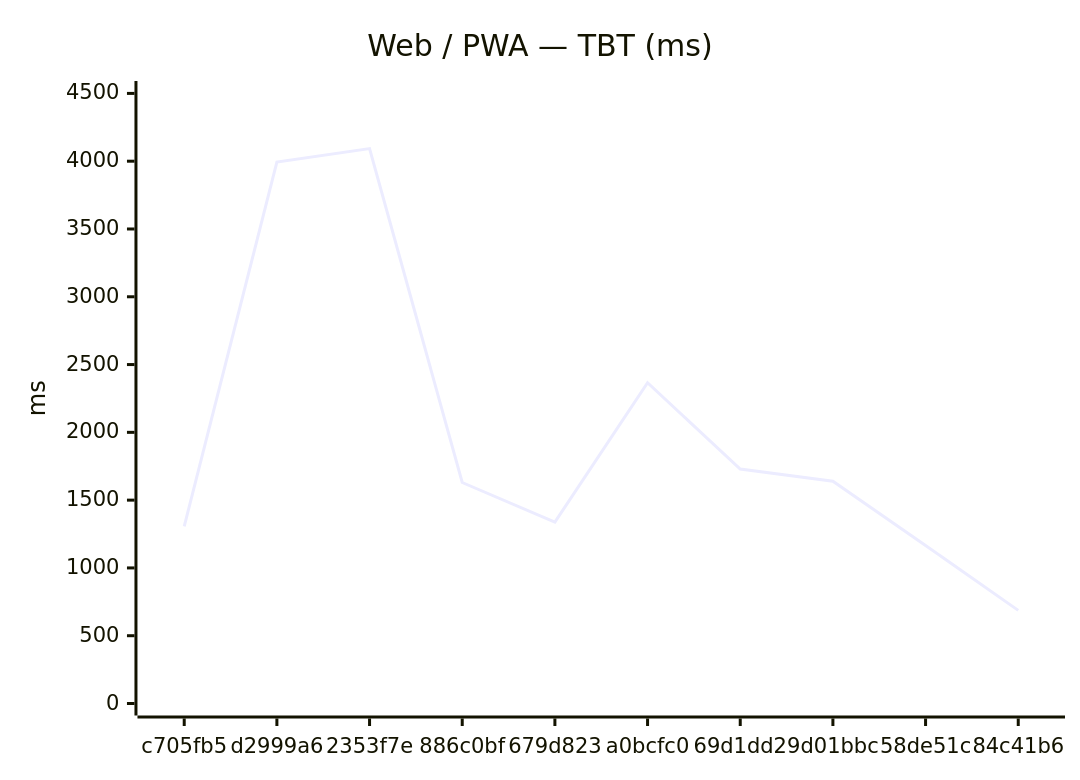
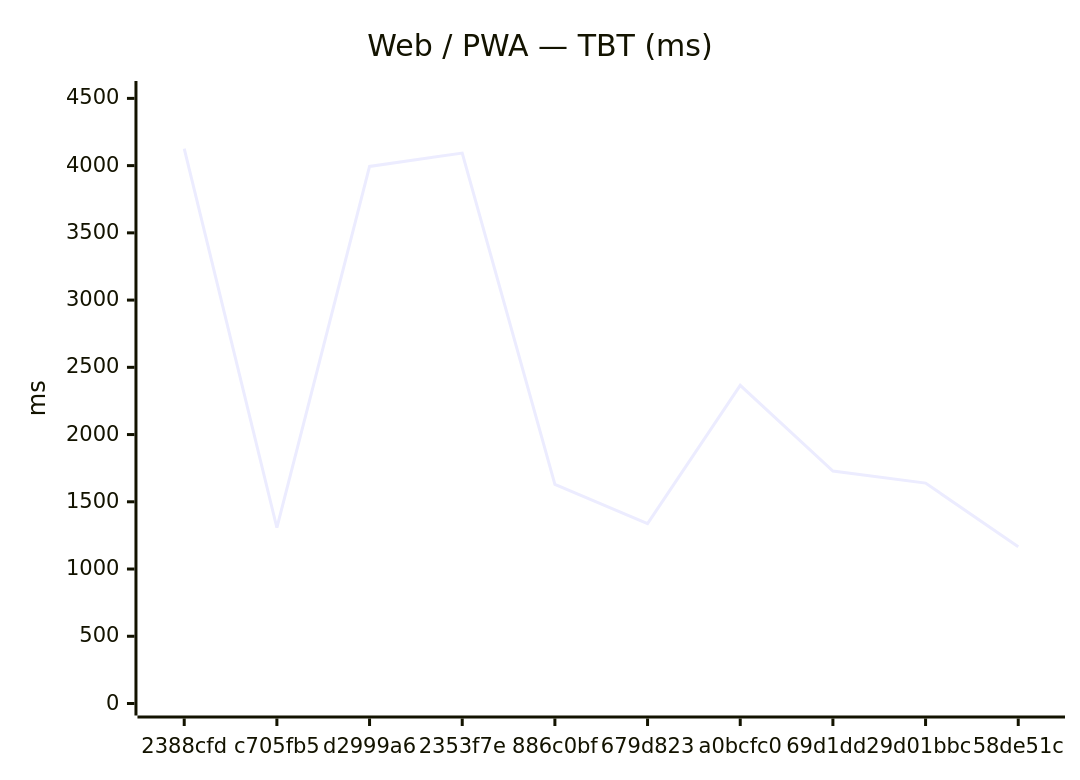
One commit to Metaheurist/Rianell changed the second of 12 diagrams in benchmarks/compare.md. Above: the diagram before and after it, drawn with Mermaid. The commit also changed other lines of this file and 8 other files, not shown here.

````diff
--- a/benchmarks/compare.md
+++ b/benchmarks/compare.md
@@ -31,7 +31,7 @@
 ```mermaid
 xychart-beta
     title "Web / PWA — TBT (ms)"
-    x-axis ["c705fb5", "d2999a6", "2353f7e", "886c0bf", "679d823", "a0bcfc0", "69d1dd2", "9d01bbc", "58de51c", "84c41b6"]
-    y-axis "ms" 0 --> 4503
-    line [1307, 3994, 4093, 1630, 1338, 2366, 1729, 1639, 1166, 687]
+    x-axis ["2388cfd", "c705fb5", "d2999a6", "2353f7e", "886c0bf", "679d823", "a0bcfc0", "69d1dd2", "9d01bbc", "58de51c"]
+    y-axis "ms" 0 --> 4540
+    line [4127, 1307, 3994, 4093, 1630, 1338, 2366, 1729, 1639, 1166]
 ```
````
